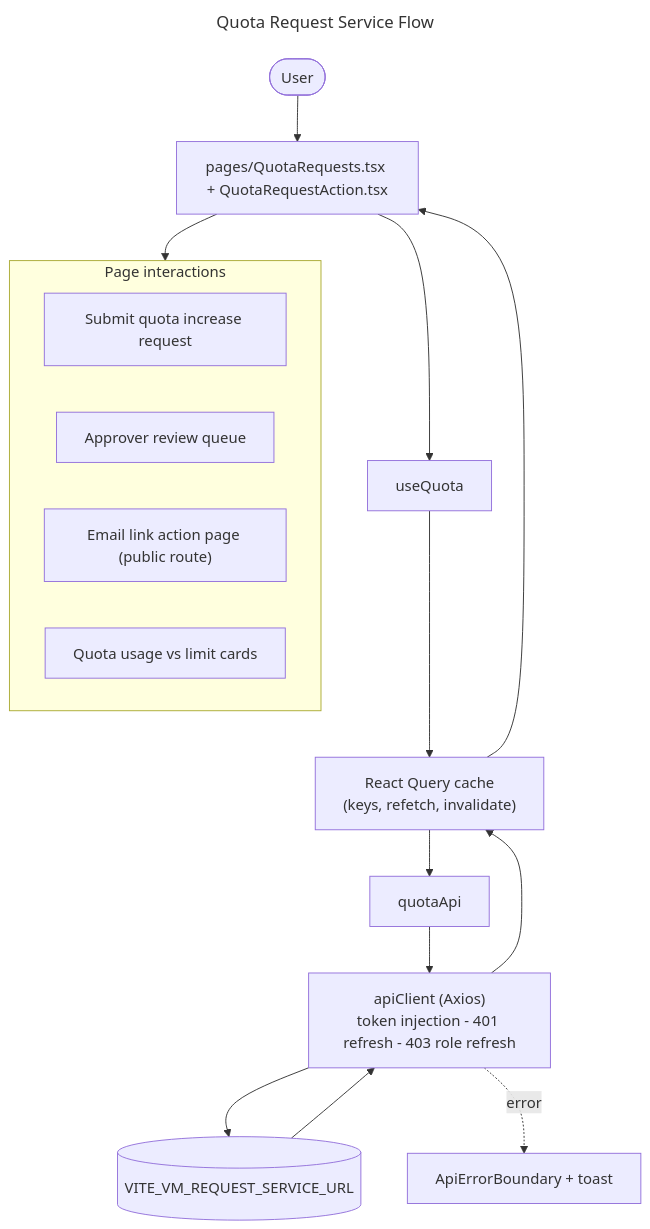
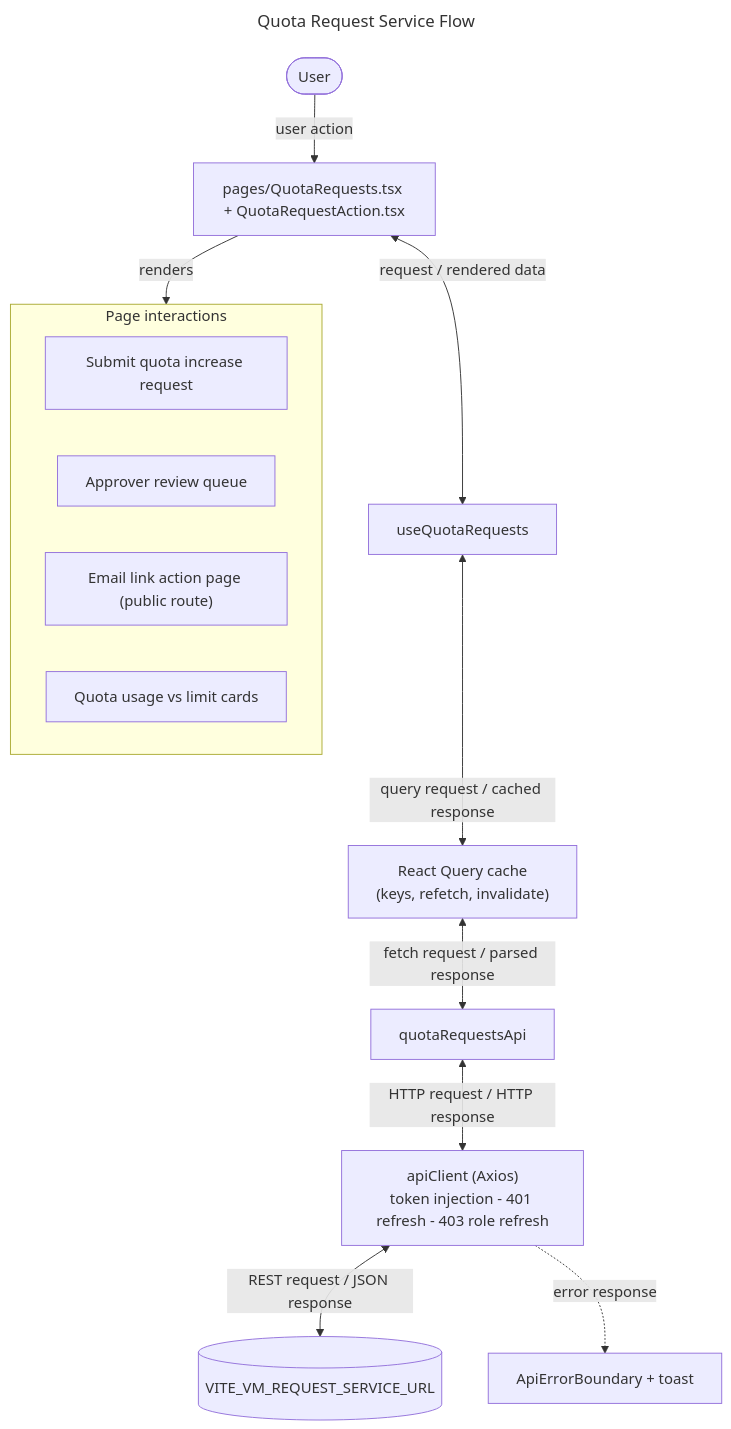
One commit to sayeeduddinofficial/user-table-view changed the diagram in docs/flowcharts/quota.mmd. Above: the diagram before and after it, drawn with Mermaid. The commit also changed 18 other files, not shown here.

```diff
--- a/docs/flowcharts/quota.mmd
+++ b/docs/flowcharts/quota.mmd
@@ -1,19 +1,18 @@
 ---
 title: Quota Request Service Flow
 ---
 flowchart TD
-  U([User]) --> P["pages/QuotaRequests.tsx + QuotaRequestAction.tsx"]
-  P --> H["useQuota"]
-  H --> Q["React Query cache<br/>(keys, refetch, invalidate)"]
-  Q --> A["quotaApi"]
-  A --> C["apiClient (Axios)<br/>token injection - 401 refresh - 403 role refresh"]
-  C --> S[("VITE_VM_REQUEST_SERVICE_URL")]
-  S --> C --> Q --> P
+  U([User]) -->|"user action"| P["pages/QuotaRequests.tsx + QuotaRequestAction.tsx"]
+  P <-->|"request / rendered data"| H["useQuotaRequests"]
+  H <-->|"query request / cached response"| Q["React Query cache<br/>(keys, refetch, invalidate)"]
+  Q <-->|"fetch request / parsed response"| A["quotaRequestsApi"]
+  A <-->|"HTTP request / HTTP response"| C["apiClient (Axios)<br/>token injection - 401 refresh - 403 role refresh"]
+  C <-->|"REST request / JSON response"| S[("VITE_VM_REQUEST_SERVICE_URL")]
+  P -->|"renders"| UI
   subgraph UI[Page interactions]
     S0["Submit quota increase request"]
     S1["Approver review queue"]
     S2["Email link action page (public route)"]
     S3["Quota usage vs limit cards"]
   end
-  P --> UI
-  C -. error .-> E["ApiErrorBoundary + toast"]
+  C -. "error response" .-> E["ApiErrorBoundary + toast"]
```
